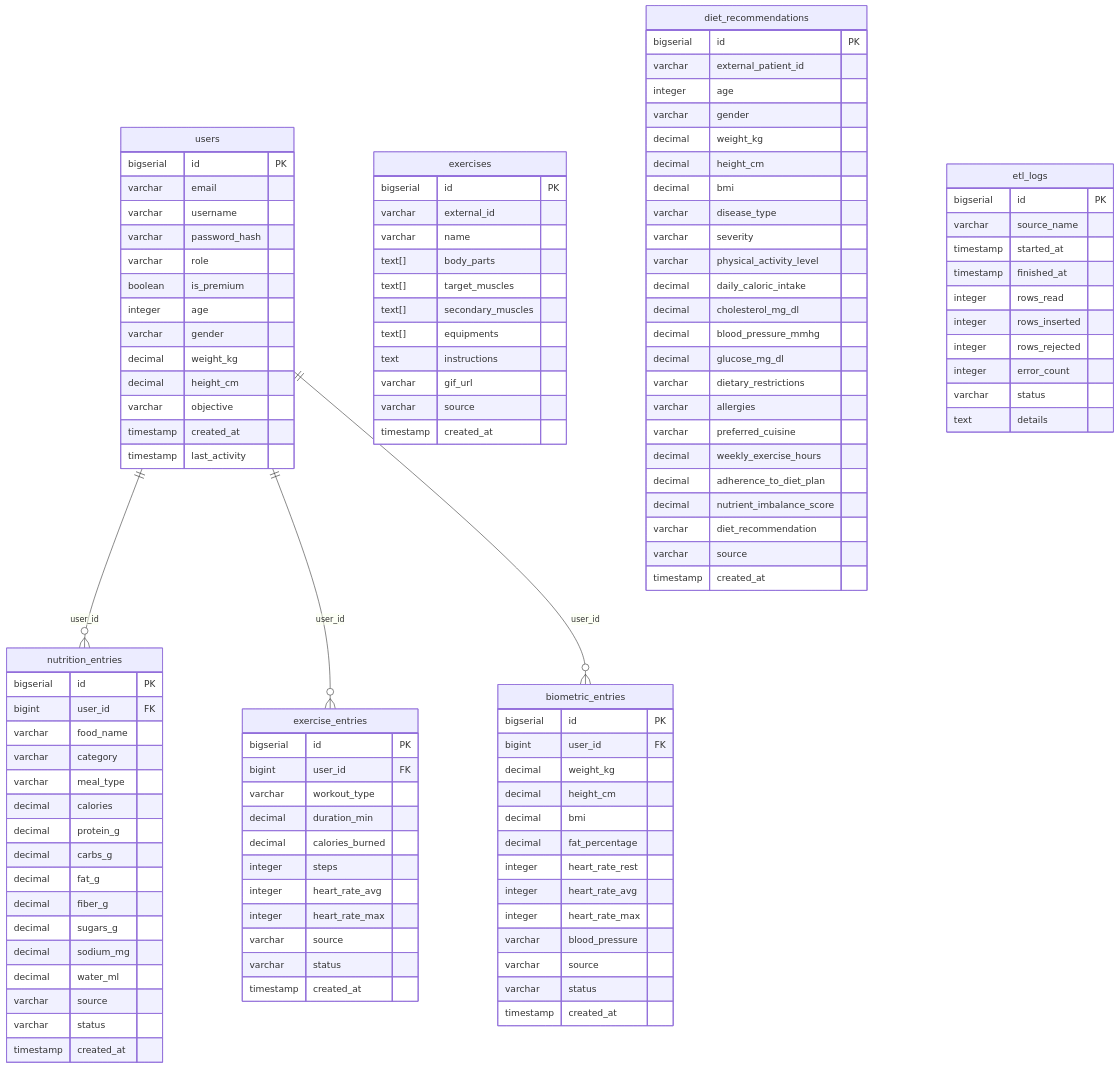
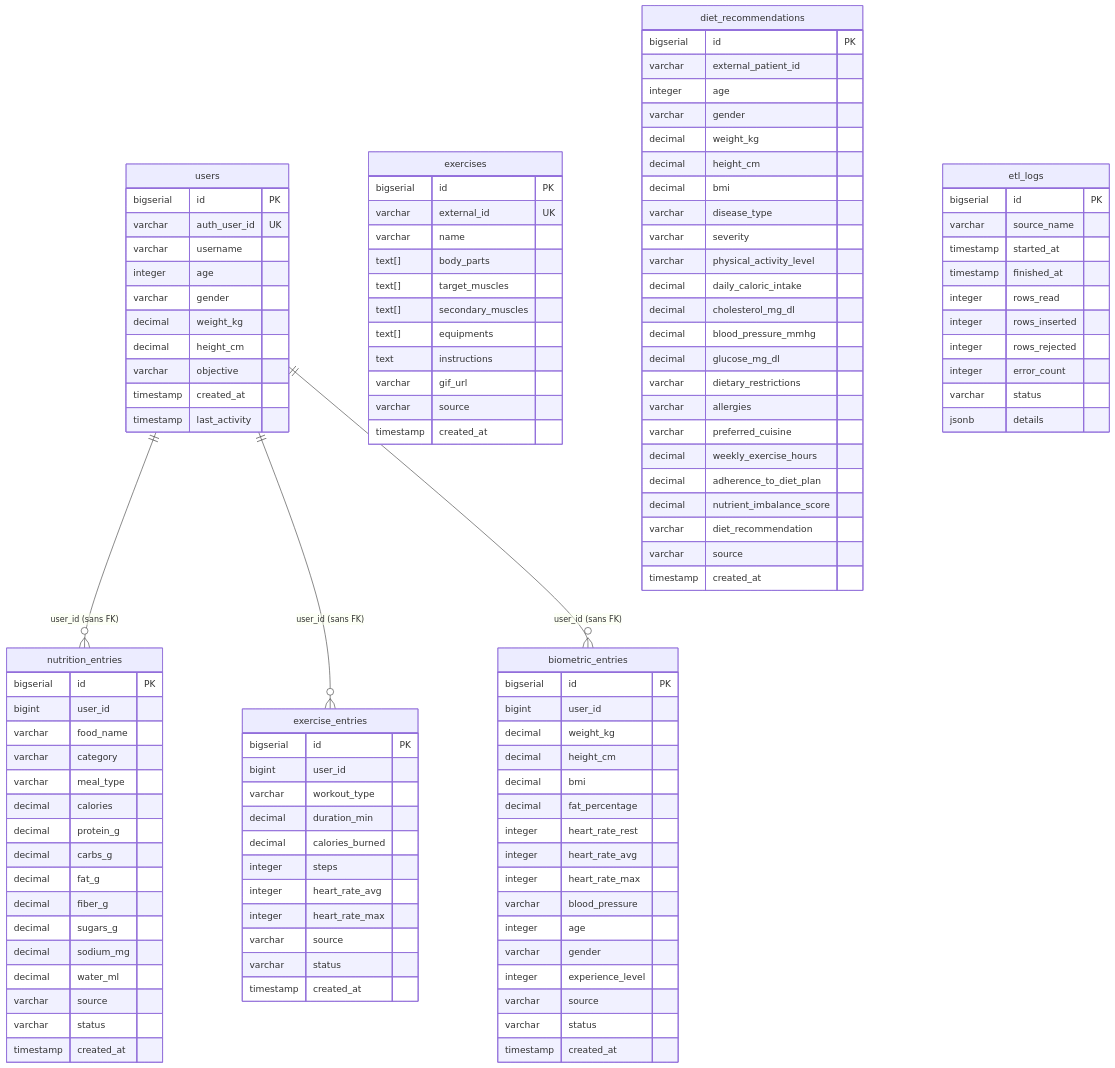
The diagram in README.md (whitefoxxyt/MSPR-HealthAI-Coach-BDD), drawn with Mermaid before and after one commit. The commit also changed other lines of this file, not shown here.

Commit message:
docs: update README - runtime racine, migrations V4-V7, schema UML actuel

````diff
--- a/README.md
+++ b/README.md
@@ -69,11 +64,8 @@
 erDiagram
     users {
         bigserial id PK
-        varchar email
+        varchar auth_user_id UK
         varchar username
-        varchar password_hash
-        varchar role
-        boolean is_premium
         integer age
         varchar gender
         decimal weight_kg
@@ -84,7 +76,7 @@
     }
     exercises {
         bigserial id PK
-        varchar external_id
+        varchar external_id UK
         varchar name
         text[] body_parts
         text[] target_muscles
@@ -97,7 +89,7 @@
     }
     nutrition_entries {
         bigserial id PK
-        bigint user_id FK
+        bigint user_id
         varchar food_name
         varchar category
         varchar meal_type
@@ -115,7 +107,7 @@
     }
     exercise_entries {
         bigserial id PK
-        bigint user_id FK
+        bigint user_id
         varchar workout_type
         decimal duration_min
         decimal calories_burned
@@ -128,7 +120,7 @@
     }
     biometric_entries {
         bigserial id PK
-        bigint user_id FK
+        bigint user_id
         decimal weight_kg
         decimal height_cm
         decimal bmi
@@ -137,6 +129,9 @@
         integer heart_rate_avg
         integer heart_rate_max
         varchar blood_pressure
+        integer age
+        varchar gender
+        integer experience_level
         varchar source
         varchar status
         timestamp created_at
@@ -176,10 +171,10 @@
         integer rows_rejected
         integer error_count
         varchar status
-        text details
+        jsonb details
     }
 
-    users ||--o{ nutrition_entries : "user_id"
-    users ||--o{ exercise_entries : "user_id"
-    users ||--o{ biometric_entries : "user_id"
+    users ||--o{ nutrition_entries : "user_id (sans FK)"
+    users ||--o{ exercise_entries : "user_id (sans FK)"
+    users ||--o{ biometric_entries : "user_id (sans FK)"
 ```
````
